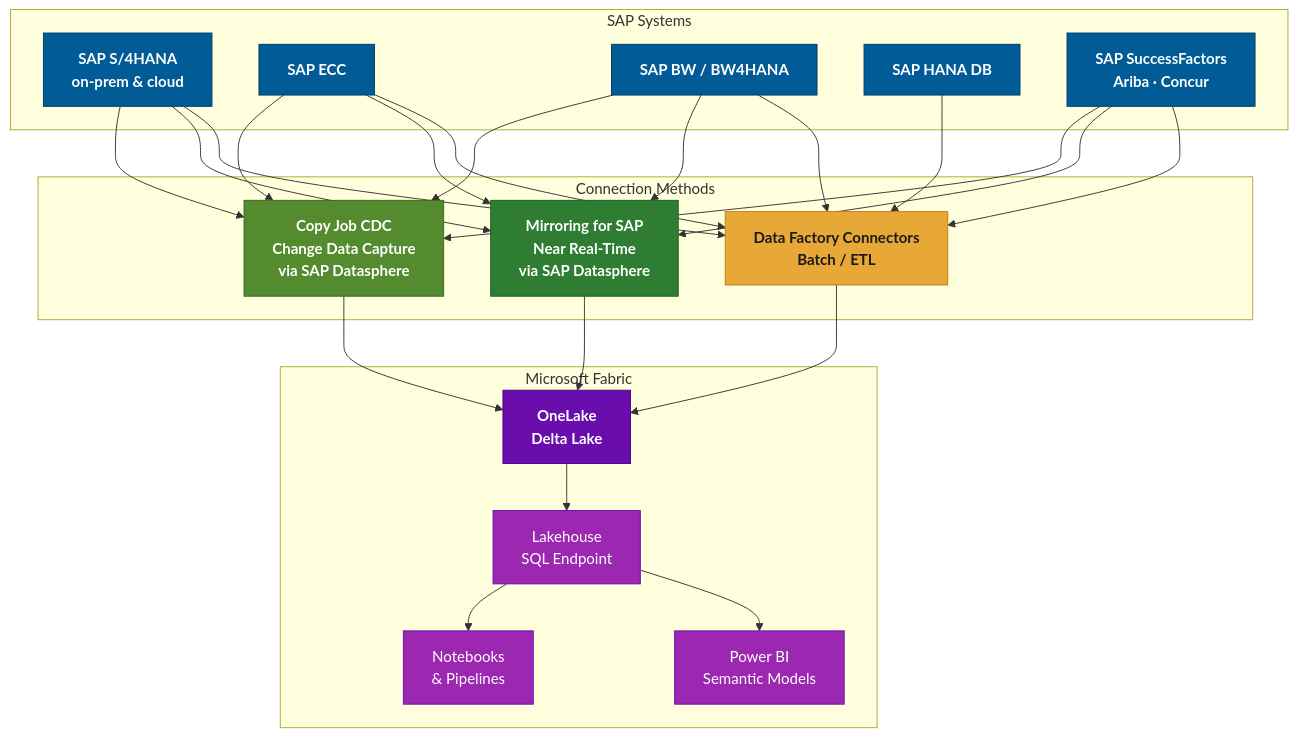
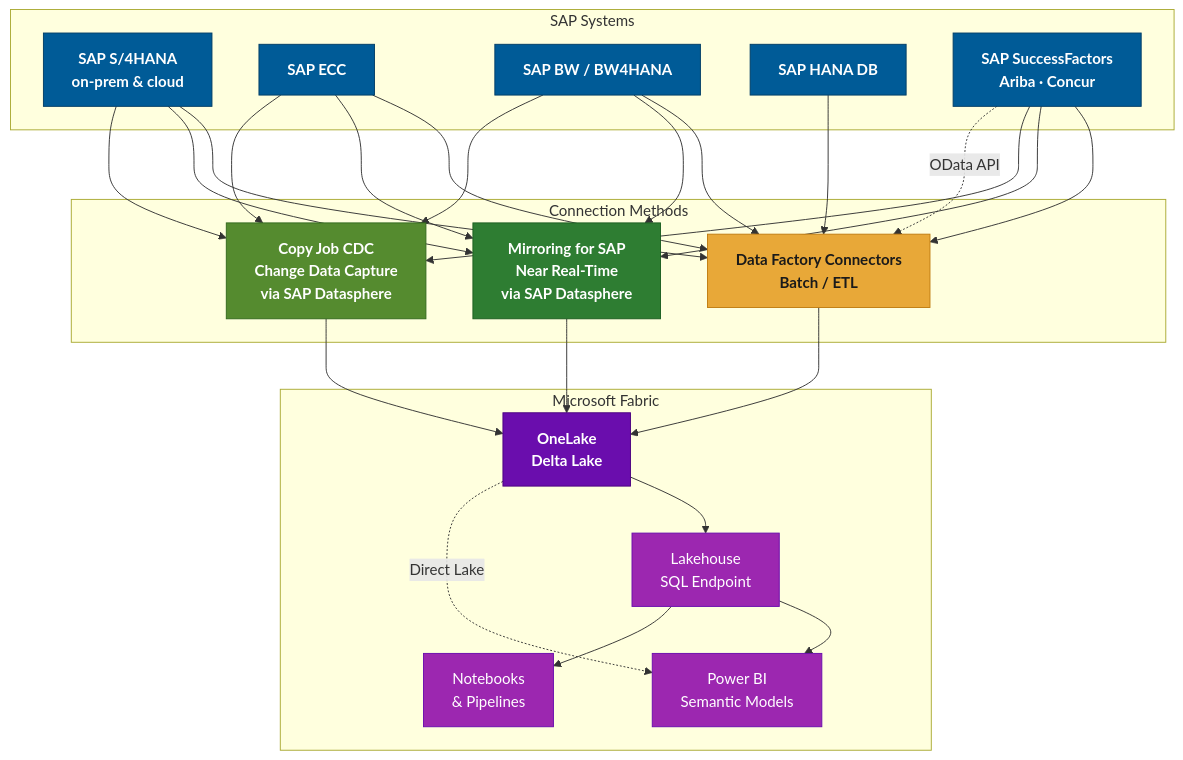
One commit to fredgis/fabric-foundry-kb changed the first of 3 diagrams in SAP_Fabric_Connectivity.md. Above: the diagram before and after it, drawn with Mermaid. The commit also changed other lines of this file and 1 other file, not shown here.

````diff
--- a/SAP_Fabric_Connectivity.md
+++ b/SAP_Fabric_Connectivity.md
@@ -12,48 +29,50 @@
 ```mermaid
 graph TD
     subgraph SAP["SAP Systems"]
         S1[SAP S/4HANA<br/>on-prem & cloud]
         S2[SAP ECC]
         S3[SAP BW / BW4HANA]
         S4[SAP HANA DB]
         S5[SAP SuccessFactors<br/>Ariba · Concur]
     end
 
     subgraph Methods["Connection Methods"]
         M1[Data Factory Connectors<br/>Batch / ETL]
         M2[Mirroring for SAP<br/>Near Real-Time<br/>via SAP Datasphere]
         M3[Copy Job CDC<br/>Change Data Capture<br/>via SAP Datasphere]
     end
 
     subgraph Fabric["Microsoft Fabric"]
         F1[OneLake<br/>Delta Lake]
         F2[Lakehouse<br/>SQL Endpoint]
         F3[Power BI<br/>Semantic Models]
         F4[Notebooks<br/>& Pipelines]
     end
 
     S1 & S2 & S3 & S4 & S5 --> M1
     S1 & S2 & S3 & S5 --> M2
     S1 & S2 & S3 & S5 --> M3
+    S5 -.->|OData API| M1
 
     M1 --> F1
     M2 --> F1
     M3 --> F1
     F1 --> F2
     F2 --> F3
     F2 --> F4
+    F1 -.->|Direct Lake| F3
 
     classDef sapStyle fill:#005B97,stroke:#003D66,color:#ffffff,font-weight:bold
     classDef methodBatch fill:#E8A838,stroke:#C07C10,color:#1a1a1a,font-weight:bold
     classDef methodMirror fill:#2E7D32,stroke:#1B5E20,color:#ffffff,font-weight:bold
     classDef methodCDC fill:#558B2F,stroke:#33691E,color:#ffffff,font-weight:bold
     classDef fabricCore fill:#6A0DAD,stroke:#4A0080,color:#ffffff,font-weight:bold
     classDef fabricEnd fill:#9C27B0,stroke:#6A0DAD,color:#ffffff
 
     class S1,S2,S3,S4,S5 sapStyle
     class M1 methodBatch
     class M2 methodMirror
     class M3 methodCDC
     class F1 fabricCore
     class F2,F3,F4 fabricEnd
 ```
````
